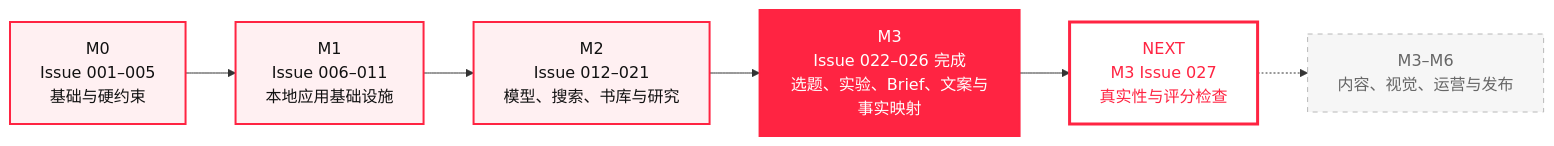
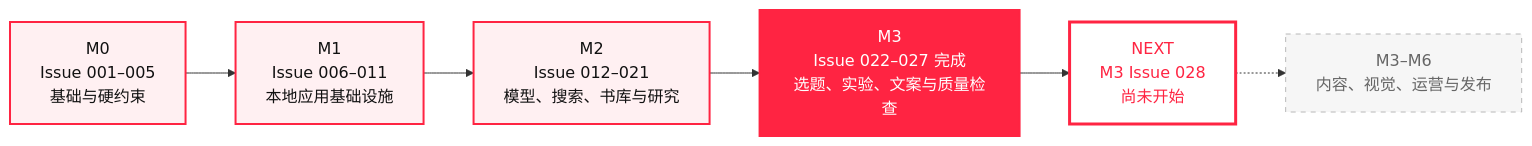
The first of 2 diagrams in README.md (KAtOReNA7/Rednote-Automated-Operation-Tool), drawn with Mermaid before and after one commit. The commit also changed other lines of this file and 23 other files, not shown here.

````diff
--- a/README.md
+++ b/README.md
@@ -71,18 +73,18 @@
 ```mermaid
 flowchart LR
     M0["M0<br/>Issue 001–005<br/>基础与硬约束"] --> M1["M1<br/>Issue 006–011<br/>本地应用基础设施"]
     M1 --> M2["M2<br/>Issue 012–021<br/>模型、搜索、书库与研究"]
-    M2 --> M3["M3<br/>Issue 022–026 完成<br/>选题、实验、Brief、文案与事实映射"]
-    M3 --> NEXT["NEXT<br/>M3 Issue 027<br/>真实性与评分检查"]
+    M2 --> M3["M3<br/>Issue 022–027 完成<br/>选题、实验、文案与质量检查"]
+    M3 --> NEXT["NEXT<br/>M3 Issue 028<br/>尚未开始"]
     NEXT -.-> FUTURE["M3–M6<br/>内容、视觉、运营与发布"]
 
     classDef done fill:#fff0f2,stroke:#ff2442,color:#111,stroke-width:2px;
     classDef active fill:#ff2442,stroke:#ff2442,color:#fff,stroke-width:2px;
     classDef next fill:#fff,stroke:#ff2442,color:#ff2442,stroke-width:3px;
     classDef future fill:#f6f6f6,stroke:#b8b8b8,color:#666,stroke-dasharray:5 5;
 
     class M0,M1,M2 done;
     class M3 active;
     class NEXT next;
     class FUTURE future;
 ```
````
